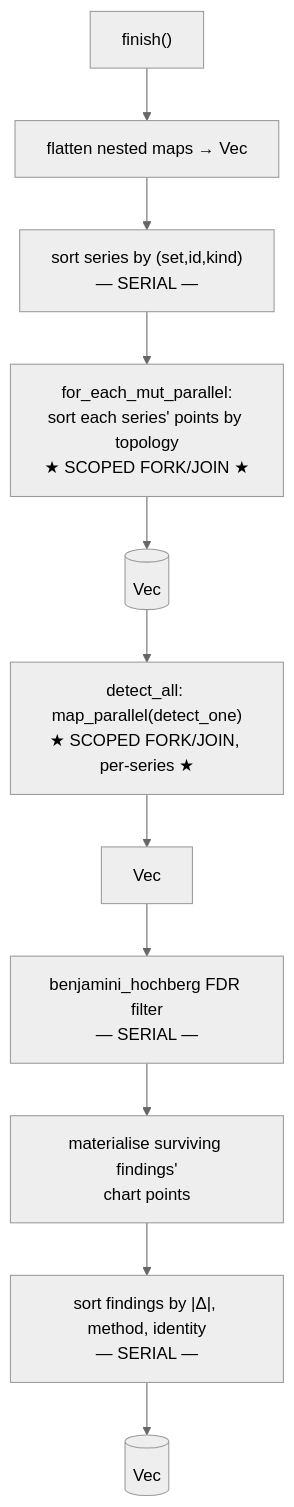
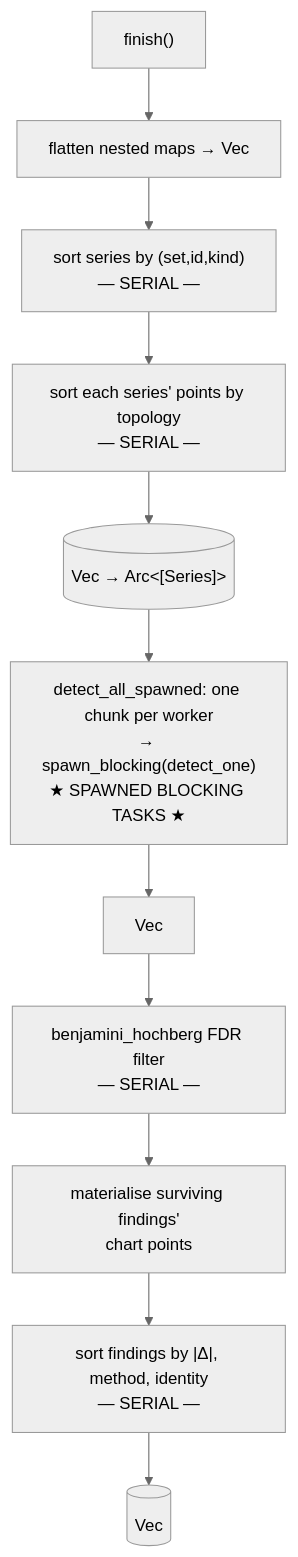
One commit to folo-rs/folo changed the third of 4 diagrams in packages/cargo-bench-history/docs/analyze.md. Above: the diagram before and after it, drawn with Mermaid (neutral theme). The commit also changed other lines of this file and 18 other files, not shown here.

First line of the commit message:
perf(cbh-analyze): inject anyspawn Spawner for detection; serial fold/sort

````diff
--- a/packages/cargo-bench-history/docs/analyze.md
+++ b/packages/cargo-bench-history/docs/analyze.md
@@ -126,13 +125,13 @@
 ```mermaid
 flowchart TD
   FIN["finish()"] --> FLAT["flatten nested maps → Vec<Series>"]
   FLAT --> SS["sort series by (set,id,kind)\n— SERIAL —"]
-  SS --> PPS["for_each_mut_parallel:\nsort each series' points by topology\n★ SCOPED FORK/JOIN ★"]
-  PPS --> SERIES[("Vec<Series>")]
-  SERIES --> DALL["detect_all: map_parallel(detect_one)\n★ SCOPED FORK/JOIN, per-series ★"]
+  SS --> PPS["sort each series' points by topology\n— SERIAL —"]
+  PPS --> SERIES[("Vec<Series> → Arc<[Series]>")]
+  SERIES --> DALL["detect_all_spawned: one chunk per worker\n→ spawn_blocking(detect_one)\n★ SPAWNED BLOCKING TASKS ★"]
   DALL --> CANDS["Vec<Candidate>"]
   CANDS --> BH["benjamini_hochberg FDR filter\n— SERIAL —"]
   BH --> MAT["materialise surviving findings'\nchart points"]
   MAT --> SF["sort findings by |Δ|, method, identity\n— SERIAL —"]
   SF --> FINDINGS[("Vec<Finding>")]
 ```
````
